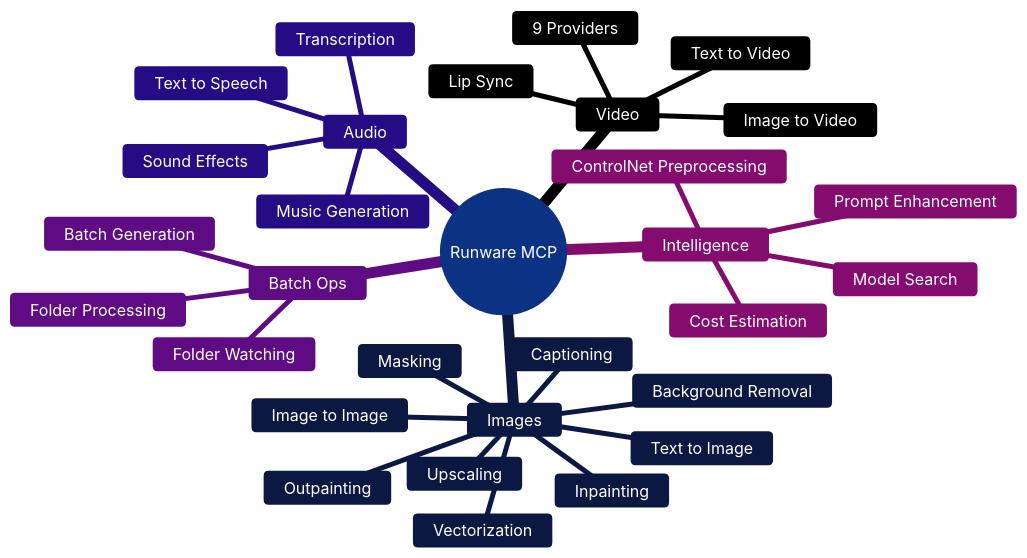
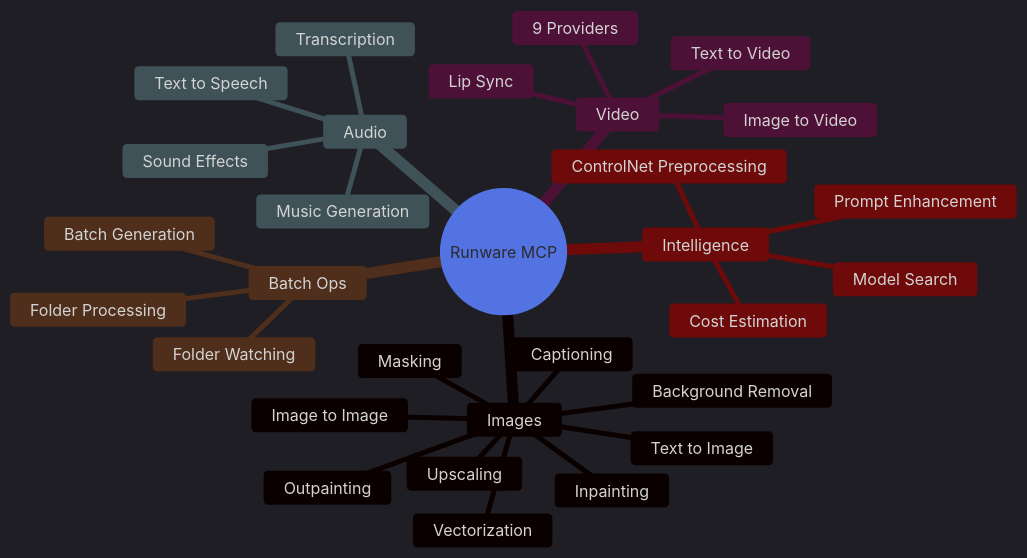
Before and after one commit to ul0gic/runware-mcp: the second of 3 diagrams in README.md, drawn with Mermaid.

````diff
--- a/README.md
+++ b/README.md
@@ -105,34 +105,34 @@
 ```mermaid
-%%{init: {'theme': 'base', 'themeVariables': { 'primaryColor': '#2563eb', 'primaryTextColor': '#fff', 'primaryBorderColor': '#3b82f6', 'lineColor': '#60a5fa', 'secondaryColor': '#1e40af', 'tertiaryColor': '#1e3a5f'}}}%%
+%%{init: {'theme': 'dark', 'themeVariables': { 'primaryColor': '#2563eb', 'primaryTextColor': '#ffffff', 'primaryBorderColor': '#60a5fa', 'lineColor': '#60a5fa', 'secondaryColor': '#1e40af', 'tertiaryColor': '#3b82f6', 'noteTextColor': '#ffffff', 'noteBkgColor': '#2563eb'}}}%%
 mindmap
   root((Runware MCP))
     Images
       Text to Image
       Image to Image
       Inpainting
       Outpainting
       Upscaling
       Background Removal
       Captioning
       Masking
       Vectorization
     Video
       Text to Video
       Image to Video
       Lip Sync
       9 Providers
     Audio
       Music Generation
       Sound Effects
       Text to Speech
       Transcription
     Batch Ops
       Folder Processing
       Batch Generation
       Folder Watching
     Intelligence
       Prompt Enhancement
       ControlNet Preprocessing
       Model Search
       Cost Estimation
 ```
````
